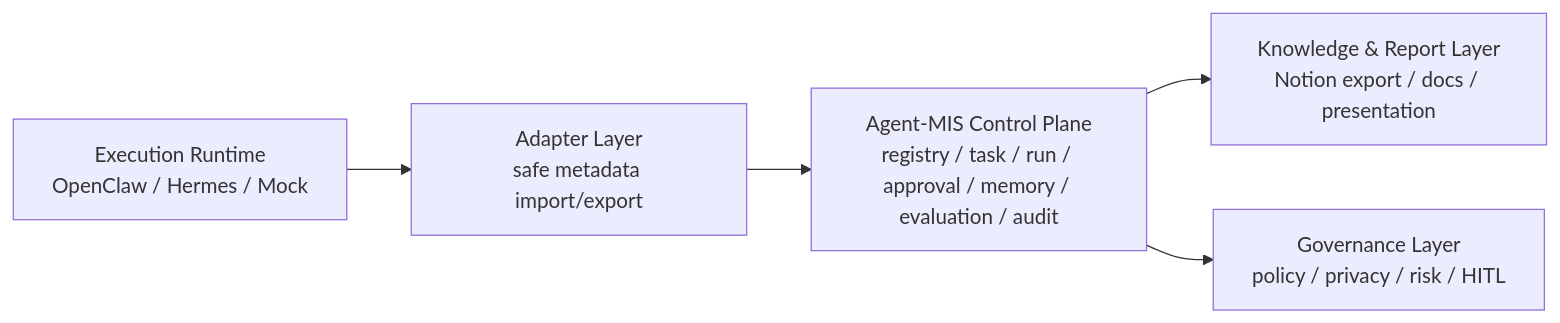
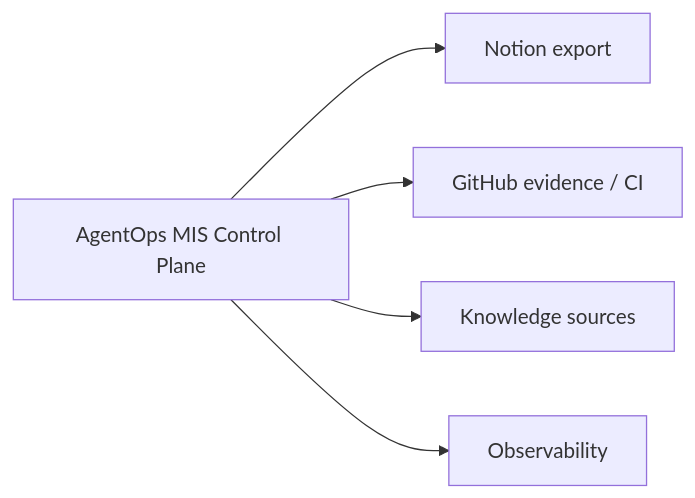
The fourth of 4 diagrams in docs/ARCHITECTURE.md (geogejoy107-jpg/agentops-mis-mvp), drawn with Mermaid before and after one commit. The commit also changed other lines of this file, not shown here.

Commit message:
Document commercial TypeScript architecture

````diff
--- a/docs/ARCHITECTURE.md
+++ b/docs/ARCHITECTURE.md
@@ -70,7 +97,7 @@
 ```mermaid
 flowchart LR
-  A[Execution Runtime<br/>OpenClaw / Hermes / Mock] --> B[Adapter Layer<br/>safe metadata import/export]
-  B --> C[Agent-MIS Control Plane<br/>registry / task / run / approval / memory / evaluation / audit]
-  C --> D[Knowledge & Report Layer<br/>Notion export / docs / presentation]
-  C --> E[Governance Layer<br/>policy / privacy / risk / HITL]
+  CP[AgentOps MIS Control Plane] --> N[Notion export]
+  CP --> G[GitHub evidence / CI]
+  CP --> K[Knowledge sources]
+  CP --> O[Observability]
 ```
````
